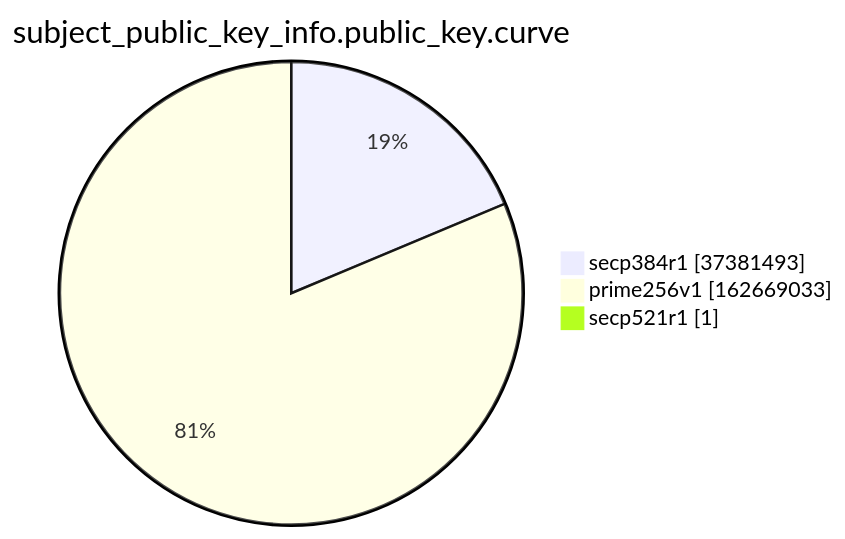
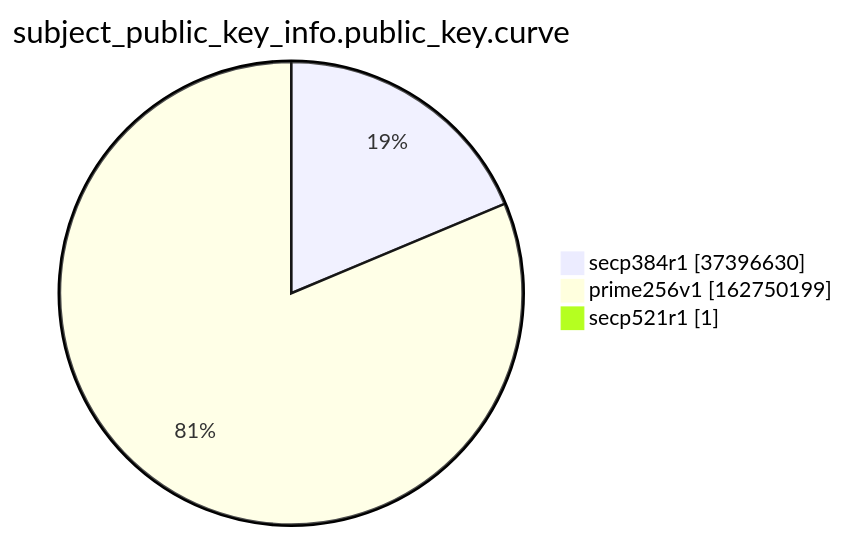
One commit to christiankrug/ctmonitor_visualization changed the ninth of 15 diagrams in argon2022/README.md. Above: the diagram before and after it, drawn with Mermaid. The commit also changed other lines of this file, not shown here.

````diff
--- a/argon2022/README.md
+++ b/argon2022/README.md
@@ -2766,7 +2766,7 @@
 ```mermaid
 pie showData
 title subject_public_key_info.public_key.curve
-"secp384r1" :37381493
-"prime256v1" :162669033
+"secp384r1" :37396630
+"prime256v1" :162750199
 "secp521r1" :1
 ```
````
